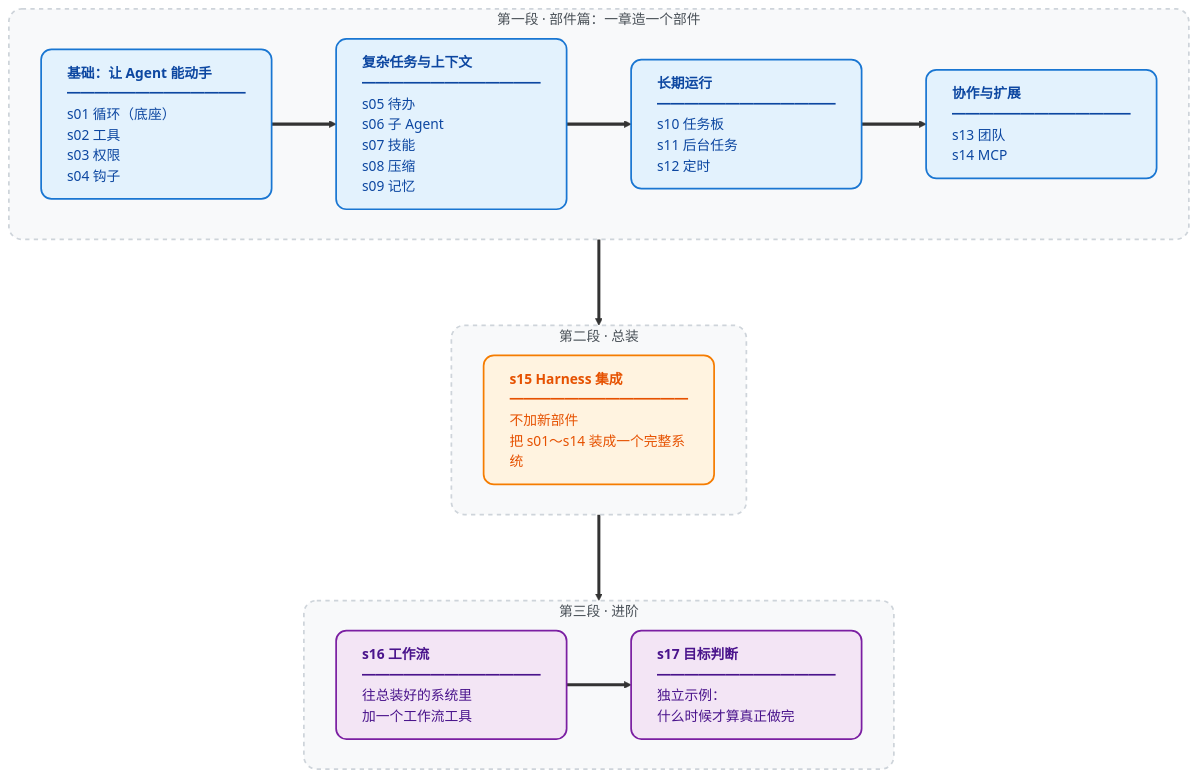
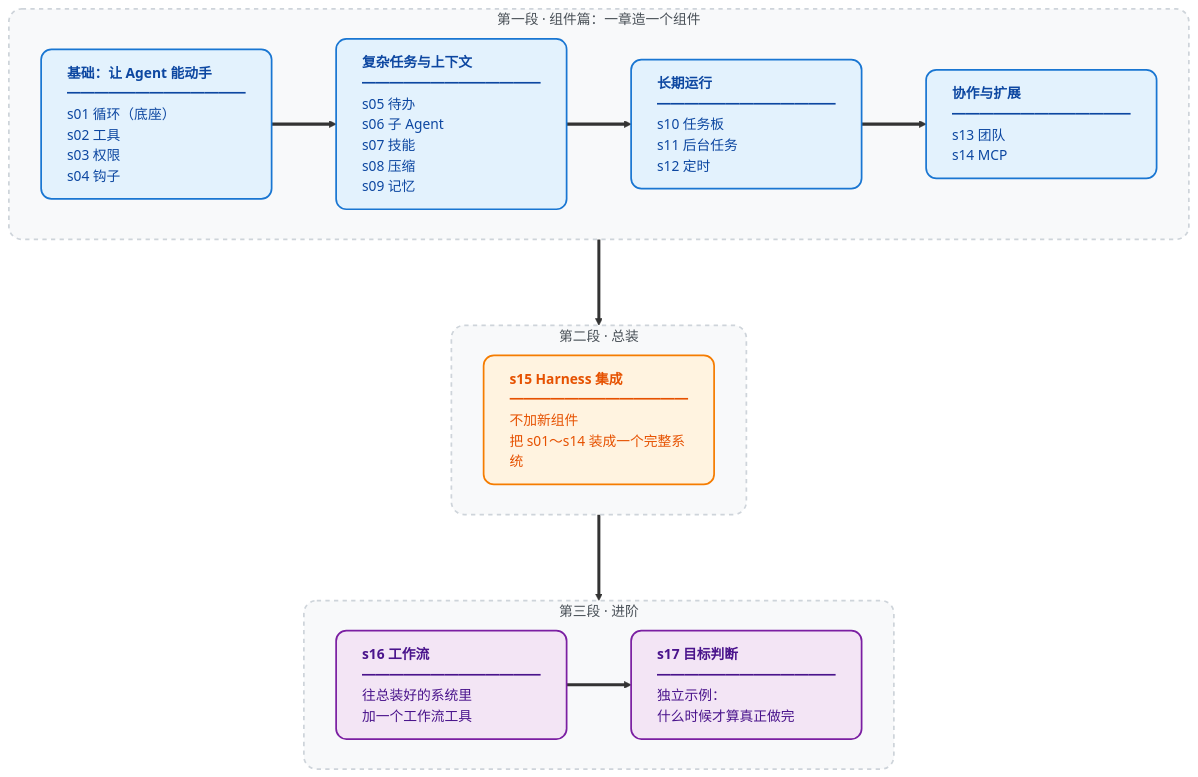
The diagram in README.md (hubooooooo/claude-code-harness-study), drawn with Mermaid before and after one commit. The commit also changed other lines of this file and 34 other files, not shown here.

````diff
--- a/README.md
+++ b/README.md
@@ -160,31 +174,31 @@
 ```mermaid
 flowchart TD
     classDef part fill:#E3F2FD,stroke:#1976D2,stroke-width:2px,color:#0D47A1,rx:12,ry:12,text-align:left
     classDef build fill:#FFF3E0,stroke:#F57C00,stroke-width:2px,color:#E65100,rx:12,ry:12,text-align:left
     classDef adv fill:#F3E5F5,stroke:#7B1FA2,stroke-width:2px,color:#4A148C,rx:12,ry:12,text-align:left
     classDef groupBox fill:#F8F9FA,stroke:#CED4DA,stroke-width:2px,stroke-dasharray: 5 5,rx:15,ry:15,color:#495057
 
-    subgraph Part1 ["第一段 · 部件篇：一章造一个部件"]
+    subgraph Part1 ["第一段 · 组件篇：一章造一个组件"]
         direction LR
         A["<b>基础：让 Agent 能动手</b><br/>━━━━━━━━━━━━━<br/>s01 循环（底座）<br/>s02 工具<br/>s03 权限<br/>s04 钩子"]:::part
         B["<b>复杂任务与上下文</b><br/>━━━━━━━━━━━━━<br/>s05 待办<br/>s06 子 Agent<br/>s07 技能<br/>s08 压缩<br/>s09 记忆"]:::part
         C["<b>长期运行</b><br/>━━━━━━━━━━━━━<br/>s10 任务板<br/>s11 后台任务<br/>s12 定时"]:::part
         D["<b>协作与扩展</b><br/>━━━━━━━━━━━━━<br/>s13 团队<br/>s14 MCP"]:::part
         A ==> B ==> C ==> D
     end
 
     subgraph Part2 ["第二段 · 总装"]
-        E["<b>s15 Harness 集成</b><br/>━━━━━━━━━━━━━<br/>不加新部件<br/>把 s01～s14 装成一个完整系统"]:::build
+        E["<b>s15 Harness 集成</b><br/>━━━━━━━━━━━━━<br/>不加新组件<br/>把 s01～s14 装成一个完整系统"]:::build
     end
 
     subgraph Part3 ["第三段 · 进阶"]
         direction LR
         F["<b>s16 工作流</b><br/>━━━━━━━━━━━━━<br/>往总装好的系统里<br/>加一个工作流工具"]:::adv
         G["<b>s17 目标判断</b><br/>━━━━━━━━━━━━━<br/>独立示例：<br/>什么时候才算真正做完"]:::adv
         F ==> G
     end
 
     Part1 ===> Part2 ===> Part3
 
     class Part1,Part2,Part3 groupBox
 ```
````
